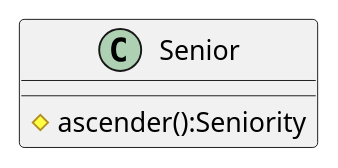
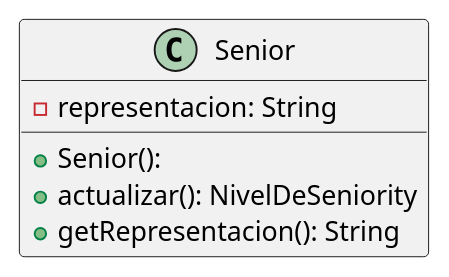
One commit to mcumskov/Algo3_tp2 changed the diagram in diagrams/clases/seniority/clase_senior.plantuml. Above: the diagram before and after it, drawn with PlantUML. The commit also changed 19 other files, not shown here.

Commit message:
actualizo diagramas

```diff
--- a/diagrams/clases/seniority/clase_senior.plantuml
+++ b/diagrams/clases/seniority/clase_senior.plantuml
@@ -1,5 +1,11 @@
 @startuml
+skinparam linetype ortho
+
 class Senior {
-    # ascender():Seniority
+  + Senior():
+  - representacion: String
+  + actualizar(): NivelDeSeniority
+  + getRepresentacion(): String
 }
+
 @enduml
```
